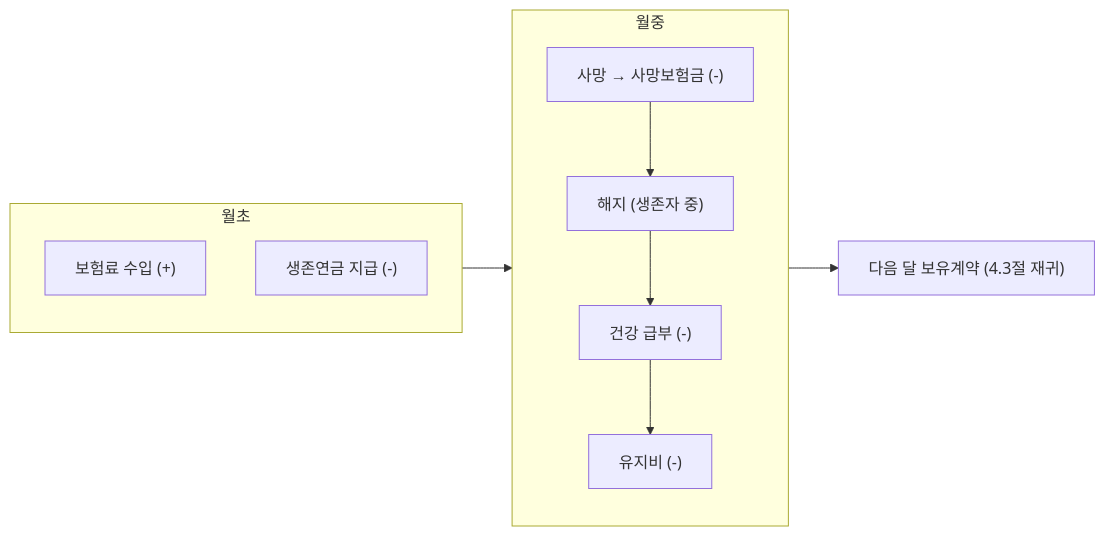
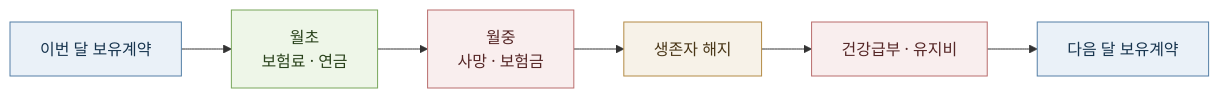
Before and after one commit to seokhoonj/fastcashflow: the diagram in docs/tutorial/04-how-the-engine-runs.md, drawn with Mermaid. The commit also changed other lines of this file and 35 other files, not shown here.

First line of the commit message:
docs: consistent mermaid diagram theme across the tutorial and cookbook

````diff
--- a/docs/tutorial/04-how-the-engine-runs.md
+++ b/docs/tutorial/04-how-the-engine-runs.md
@@ -78,18 +78,17 @@
 ```{mermaid}
 flowchart LR
-    subgraph BOM["월초"]
-      direction TB
-      P["보험료 수입 (+)"]
-      AN["생존연금 지급 (-)"]
-    end
-    subgraph MID["월중"]
-      direction TB
-      D["사망 → 사망보험금 (-)"]
-      L["해지 (생존자 중)"]
-      H["건강 급부 (-)"]
-      M["유지비 (-)"]
-      D --> L --> H --> M
-    end
-    BOM --> MID
-    MID --> NEXT["다음 달 보유계약 (4.3절 재귀)"]
+    START["이번 달 보유계약"] --> P["월초<br/>보험료 · 연금"]
+    P --> D["월중<br/>사망 · 보험금"]
+    D --> L["생존자 해지"]
+    L --> H["건강급부 · 유지비"]
+    H --> NEXT["다음 달 보유계약"]
+
+    classDef stock fill:#eaf1f8,stroke:#547fa6,color:#17344e
+    classDef inflow fill:#eef6e8,stroke:#78a65a,color:#29421b
+    classDef outflow fill:#f9eeee,stroke:#b96d6d,color:#552626
+    classDef decrement fill:#f7f2e8,stroke:#b38a45,color:#493617
+    class START,NEXT stock
+    class P inflow
+    class D,H outflow
+    class L decrement
 ```
````
